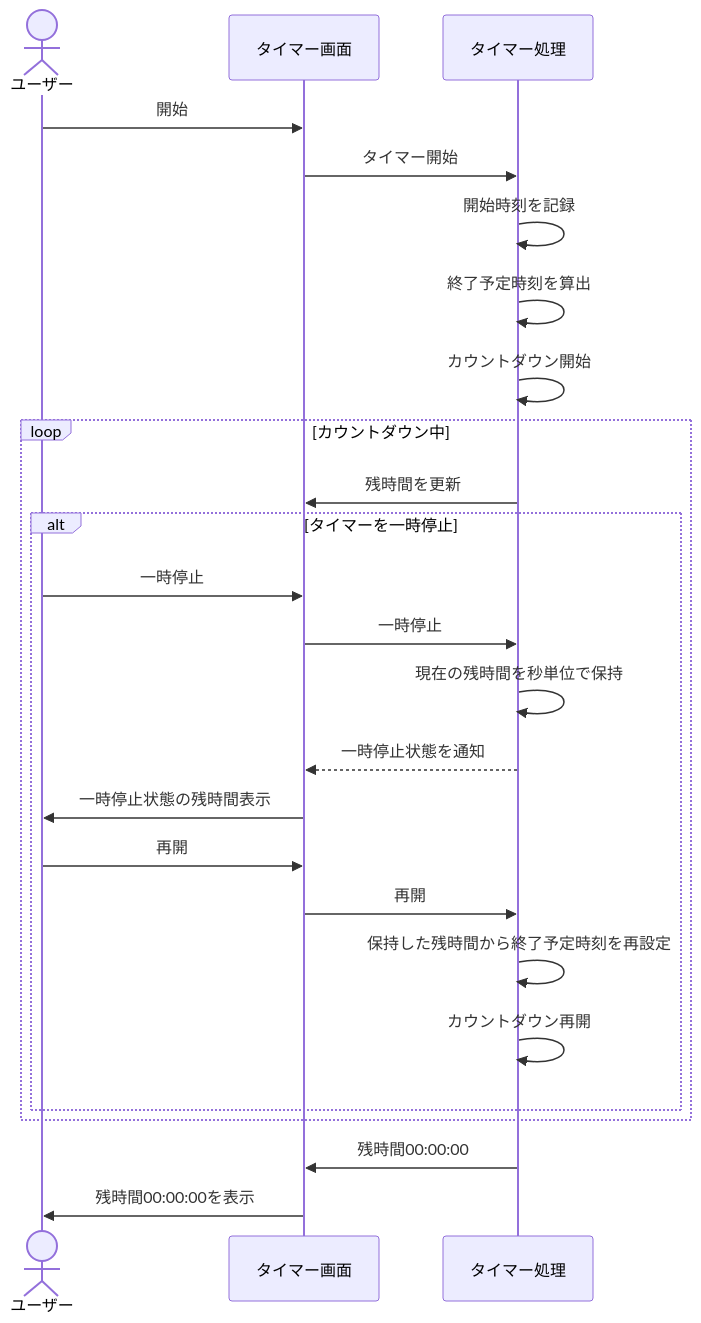
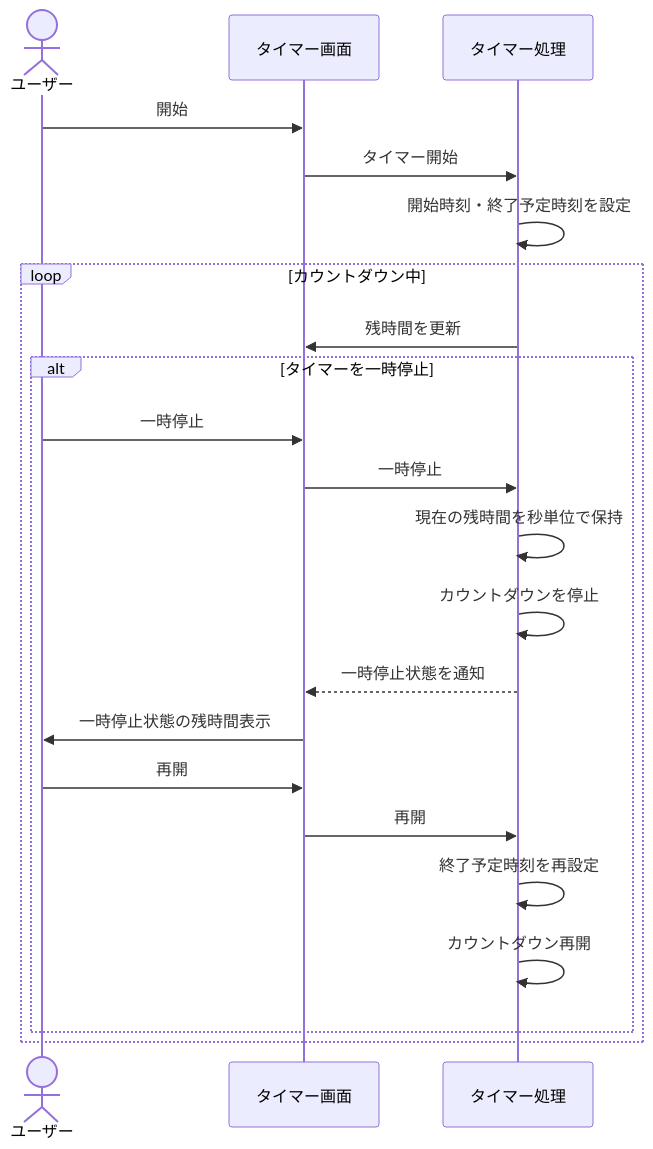
The second of 6 diagrams in document/設計/シーケンス図/タイマーシーケンス図.md (shun62201234-crypto/timerApplication), drawn with Mermaid before and after one commit. The commit also changed other lines of this file, not shown here.

Commit message:
タイマーシーケンス図修正

````diff
--- a/document/設計/シーケンス図/タイマーシーケンス図.md
+++ b/document/設計/シーケンス図/タイマーシーケンス図.md
@@ -54,32 +43,28 @@
 ```mermaid
 sequenceDiagram
     actor ユーザー
     participant UI as タイマー画面
     participant Timer as タイマー処理
 
     ユーザー->>UI: 開始
     UI->>Timer: タイマー開始
-    Timer->>Timer: 開始時刻を記録
-    Timer->>Timer: 終了予定時刻を算出
-    Timer->>Timer: カウントダウン開始
+    Timer->>Timer: 開始時刻・終了予定時刻を設定
 
     loop カウントダウン中
         Timer->>UI: 残時間を更新
 
         alt タイマーを一時停止
             ユーザー->>UI: 一時停止
             UI->>Timer: 一時停止
             Timer->>Timer: 現在の残時間を秒単位で保持
+            Timer->>Timer: カウントダウンを停止
             Timer-->>UI: 一時停止状態を通知
             UI->>ユーザー: 一時停止状態の残時間表示
 
             ユーザー->>UI: 再開
             UI->>Timer: 再開
-            Timer->>Timer: 保持した残時間から終了予定時刻を再設定
+            Timer->>Timer: 終了予定時刻を再設定
             Timer->>Timer: カウントダウン再開
         end
     end
-
-    Timer->>UI: 残時間00:00:00
-    UI->>ユーザー:残時間00:00:00を表示
 ```
````
